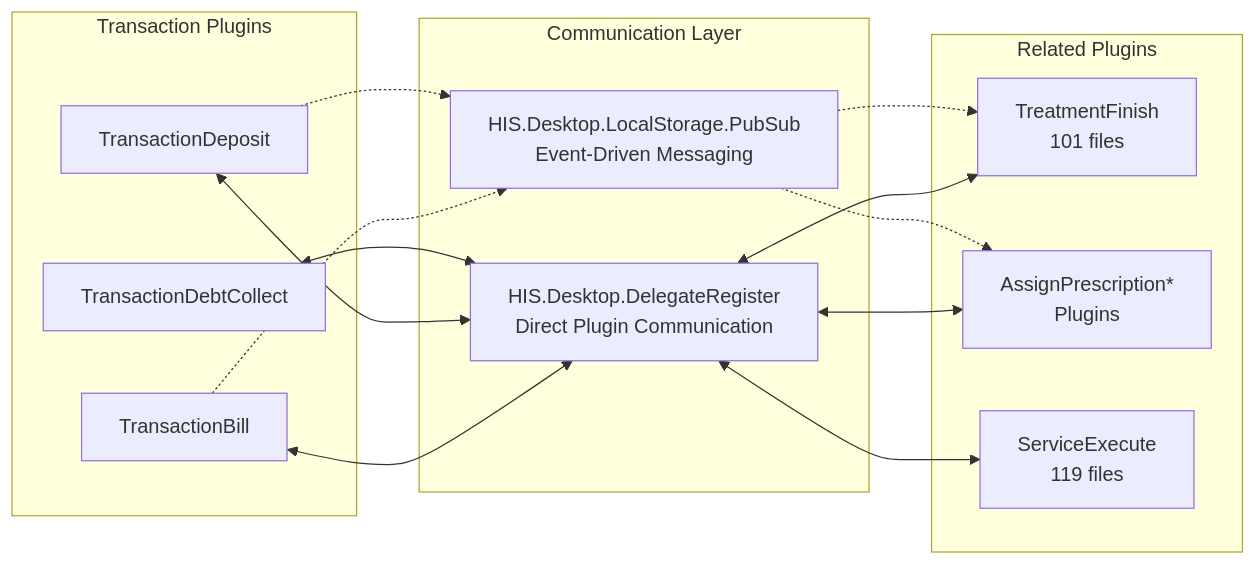
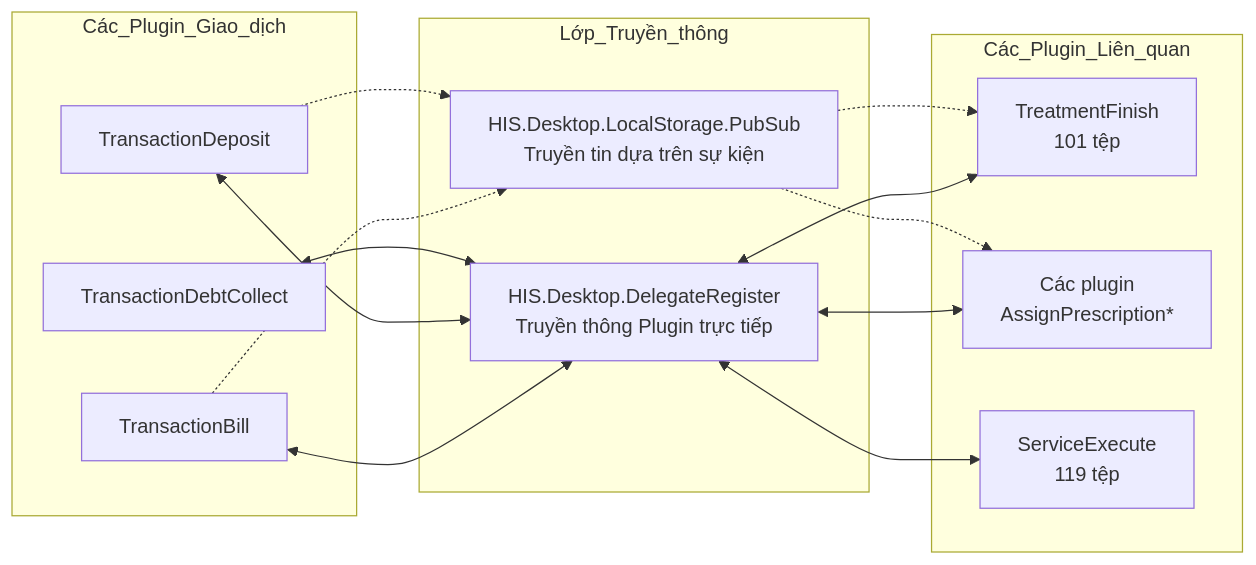
Before and after one commit to thangpnb/HIS: the eighth of 9 diagrams in docs/his-ba-documentation/02-modules/his-desktop/business-plugins.md, drawn with Mermaid. The commit also changed other lines of this file and 30 other files, not shown here.

Commit message:
Refactor architecture docs and update translations

````diff
--- a/docs/his-ba-documentation/02-modules/his-desktop/business-plugins.md
+++ b/docs/his-ba-documentation/02-modules/his-desktop/business-plugins.md
@@ -697,33 +693,33 @@
 ```mermaid
 graph LR
-    subgraph "Transaction Plugins"
+    subgraph "Các_Plugin_Giao_dịch"
         TransBill["TransactionBill"]
         TransDeposit["TransactionDeposit"]
         DebtCollect["TransactionDebtCollect"]
     end
     
-    subgraph "Communication Layer"
-        DelegateReg["HIS.Desktop.DelegateRegister<br/>Direct Plugin Communication"]
-        PubSub["HIS.Desktop.LocalStorage.PubSub<br/>Event-Driven Messaging"]
+    subgraph "Lớp_Truyền_thông"
+        DelegateReg["HIS.Desktop.DelegateRegister<br/>Truyền thông Plugin trực tiếp"]
+        PubSub["HIS.Desktop.LocalStorage.PubSub<br/>Truyền tin dựa trên sự kiện"]
     end
     
-    subgraph "Related Plugins"
-        Treatment["TreatmentFinish<br/>101 files"]
-        Prescription["AssignPrescription*<br/>Plugins"]
-        ServiceExec["ServiceExecute<br/>119 files"]
+    subgraph "Các_Plugin_Liên_quan"
+        Treatment["TreatmentFinish<br/>101 tệp"]
+        Prescription["Các plugin<br/>AssignPrescription*"]
+        ServiceExec["ServiceExecute<br/>119 tệp"]
     end
     
     TransBill <--> DelegateReg
     TransDeposit <--> DelegateReg
     DebtCollect <--> DelegateReg
     
     TransBill -.-> PubSub
     TransDeposit -.-> PubSub
     
     DelegateReg <--> Treatment
     DelegateReg <--> Prescription
     DelegateReg <--> ServiceExec
     
     PubSub -.-> Treatment
     PubSub -.-> Prescription
 ```
````
